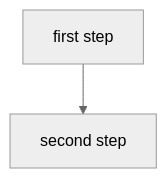
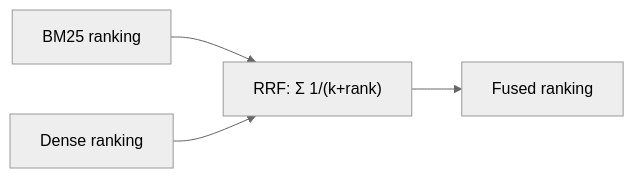
Diagram 11 of 12 in 2026-2027-Sem1/_shared/retrieval.md (sanjaykumarpushadapu/MTech), drawn with Mermaid (neutral theme) before and after one commit. The commit also changed other lines of this file and 16 other files, not shown here.

````diff
--- a/2026-2027-Sem1/_shared/retrieval.md
+++ b/2026-2027-Sem1/_shared/retrieval.md
@@ -18,4 +488,6 @@
 ```mermaid
-flowchart TD
-    A["first step"] --> B["second step"]
+flowchart LR
+    B["BM25 ranking"] --> RRF["RRF: Σ 1/(k+rank)"]
+    D["Dense ranking"] --> RRF
+    RRF --> O["Fused ranking"]
 ```
````
